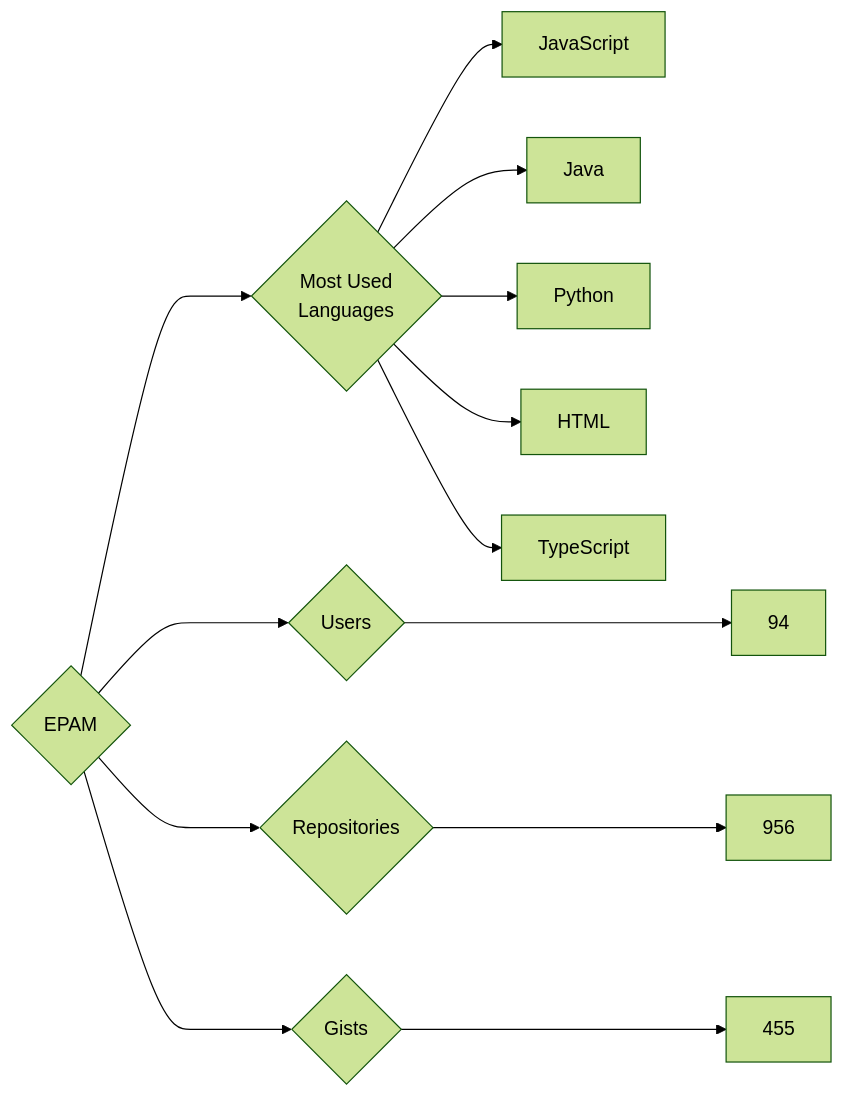
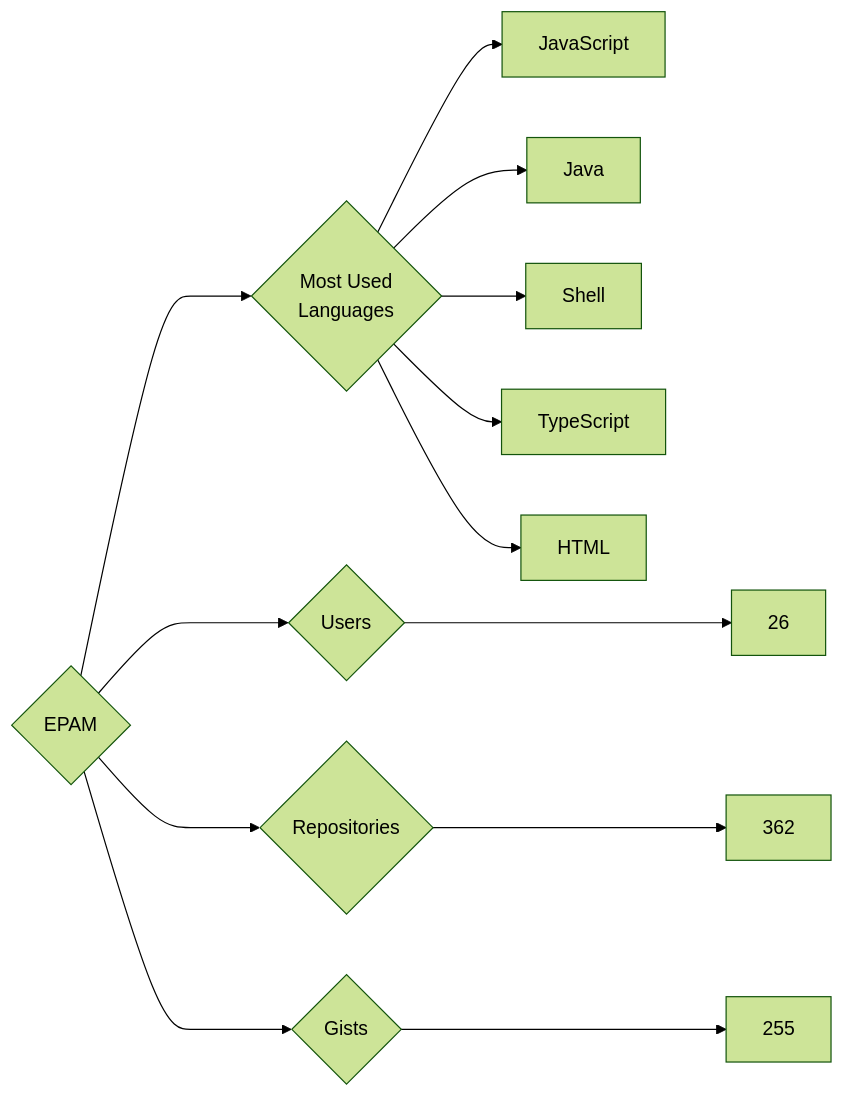
Before and after one commit to trickest/insiders: the diagram in targets/EPAM/README.md, drawn with Mermaid (forest theme). The commit also changed 837 other files, not shown here.

````diff
--- a/targets/EPAM/README.md
+++ b/targets/EPAM/README.md
@@ -3,13 +3,13 @@
 ```mermaid
 graph LR
 COMPANY_NAME{EPAM}
-COMPANY_NAME ---> U{Users} ---> UN[94]
-COMPANY_NAME ---> R{Repositories} ---> RN[956]
-COMPANY_NAME ---> G{Gists} ---> GN[455]
+COMPANY_NAME ---> U{Users} ---> UN[26]
+COMPANY_NAME ---> R{Repositories} ---> RN[362]
+COMPANY_NAME ---> G{Gists} ---> GN[255]
 COMPANY_NAME ---> ML{Most Used<br>Languages}
 ML --> JavaScript[JavaScript]
 ML --> Java[Java]
-ML --> Python[Python]
+ML --> Shell[Shell]
+ML --> TypeScript[TypeScript]
 ML --> HTML[HTML]
-ML --> TypeScript[TypeScript]
 ```
````
